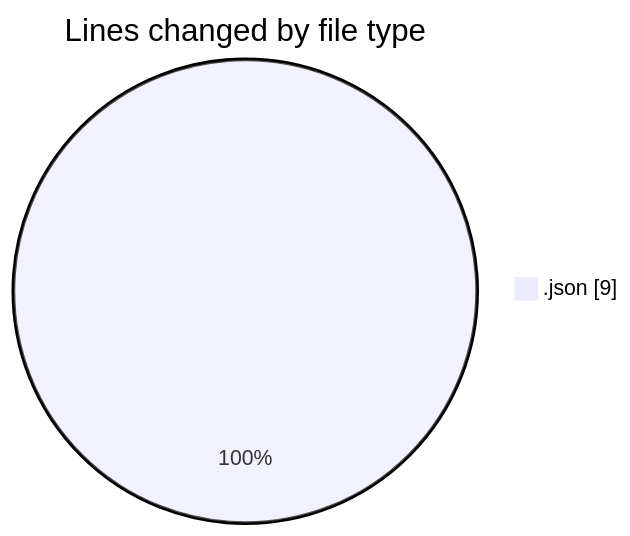
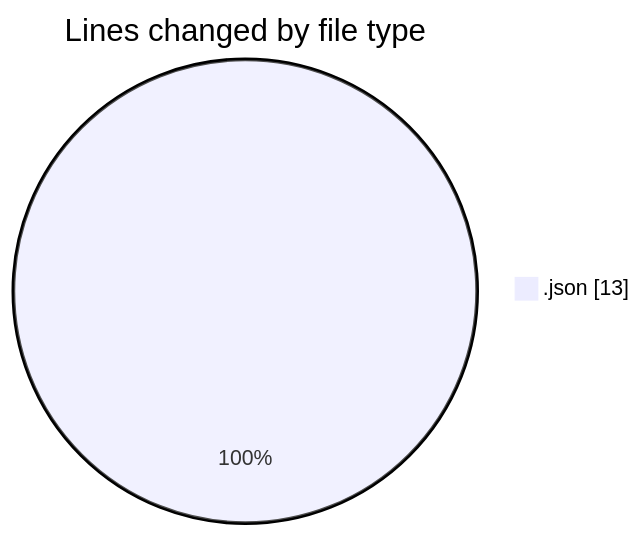
The first of 2 diagrams in 2026-02-01/singularitybrainai/README.md (tmsrecording-cyber/code-tracking), drawn with Mermaid before and after one commit. The commit also changed other lines of this file and 1 other file, not shown here.

````diff
--- a/2026-02-01/singularitybrainai/README.md
+++ b/2026-02-01/singularitybrainai/README.md
@@ -20,5 +20,5 @@
 ```mermaid
 pie showData
 title Lines changed by file type
-".json" : 9
+".json" : 13
 ```
````
